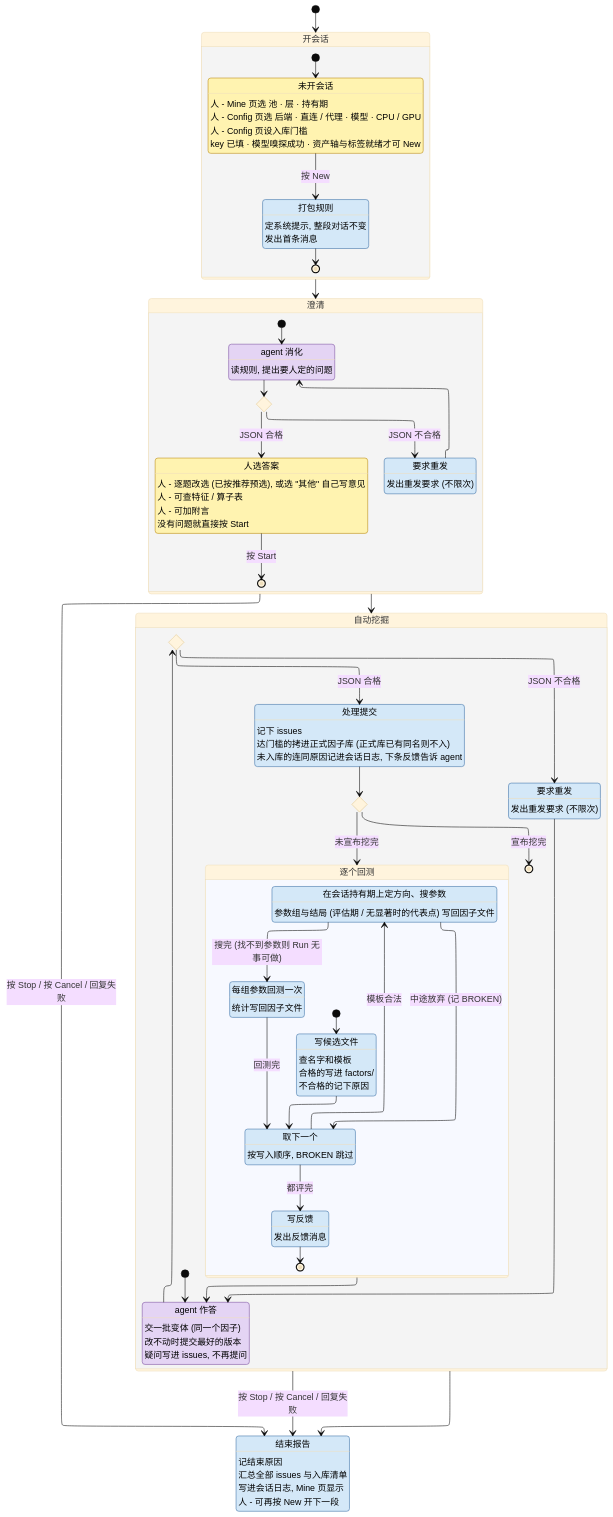
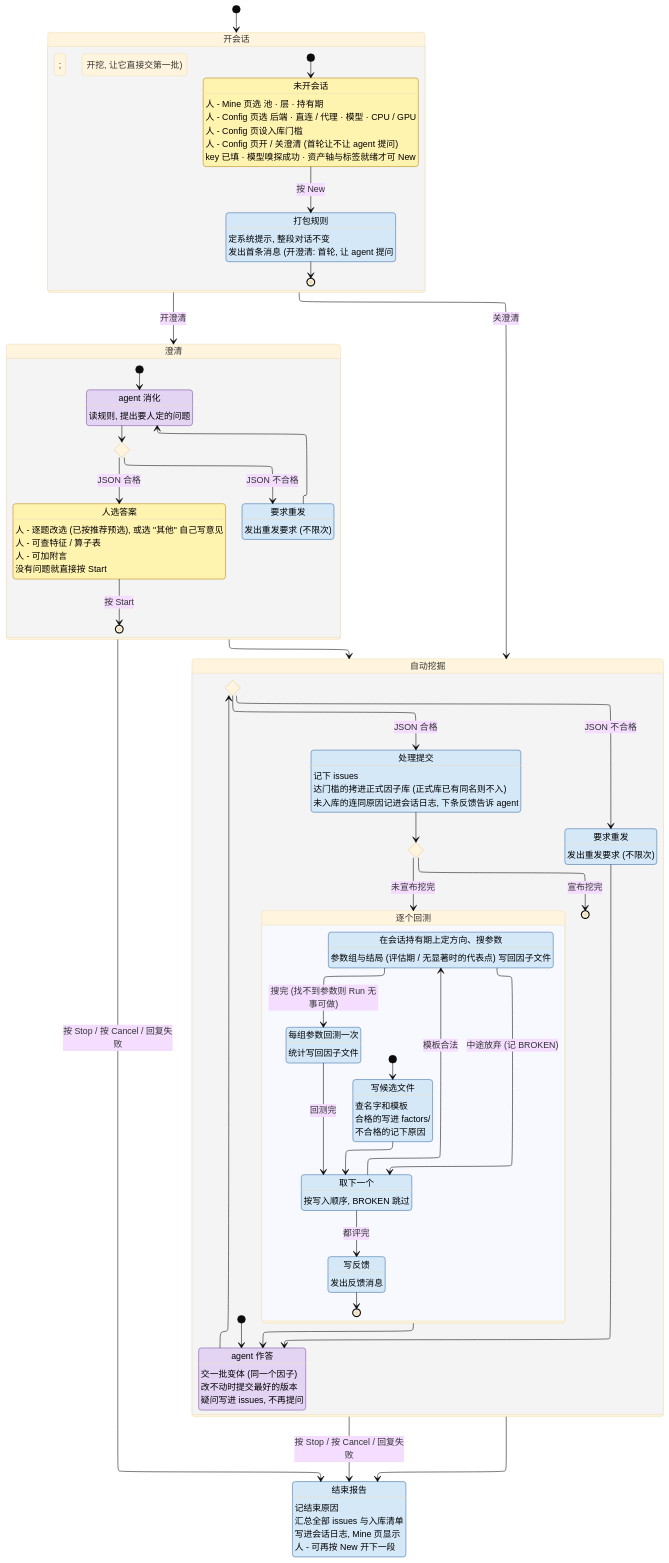
One commit to CoCoMilkyWay/stk changed the diagram in AGENT.md. Above: the diagram before and after it, drawn with Mermaid (base theme). The commit also changed other lines of this file and 30 other files, not shown here.

```diff
--- a/AGENT.md
+++ b/AGENT.md
@@ -44,10 +44,11 @@
         None : 人 - Mine 页选 池 · 层 · 持有期
         None : 人 - Config 页选 后端 · 直连 / 代理 · 模型 · CPU / GPU
         None : 人 - Config 页设入库门槛
+        None : 人 - Config 页开 / 关澄清 (首轮让不让 agent 提问)
         None : key 已填 · 模型嗅探成功 · 资产轴与标签就绪才可 New
         state "打包规则" as Pack
         Pack : 定系统提示, 整段对话不变
-        Pack : 发出首条消息
+        Pack : 发出首条消息 (开澄清: 首轮, 让 agent 提问; 关: 开挖, 让它直接交第一批)
 
         [*] --> None
         None --> Pack : 按 New
@@ -130,7 +131,8 @@
     Report : 人 - 可再按 New 开下一段
 
     [*] --> GOpen
-    GOpen --> GAsk
+    GOpen --> GAsk : 开澄清
+    GOpen --> GMine : 关澄清
     GAsk --> GMine
     GMine --> Report
     GAsk --> Report : 按 Stop / 按 Cancel / 回复失败
```
